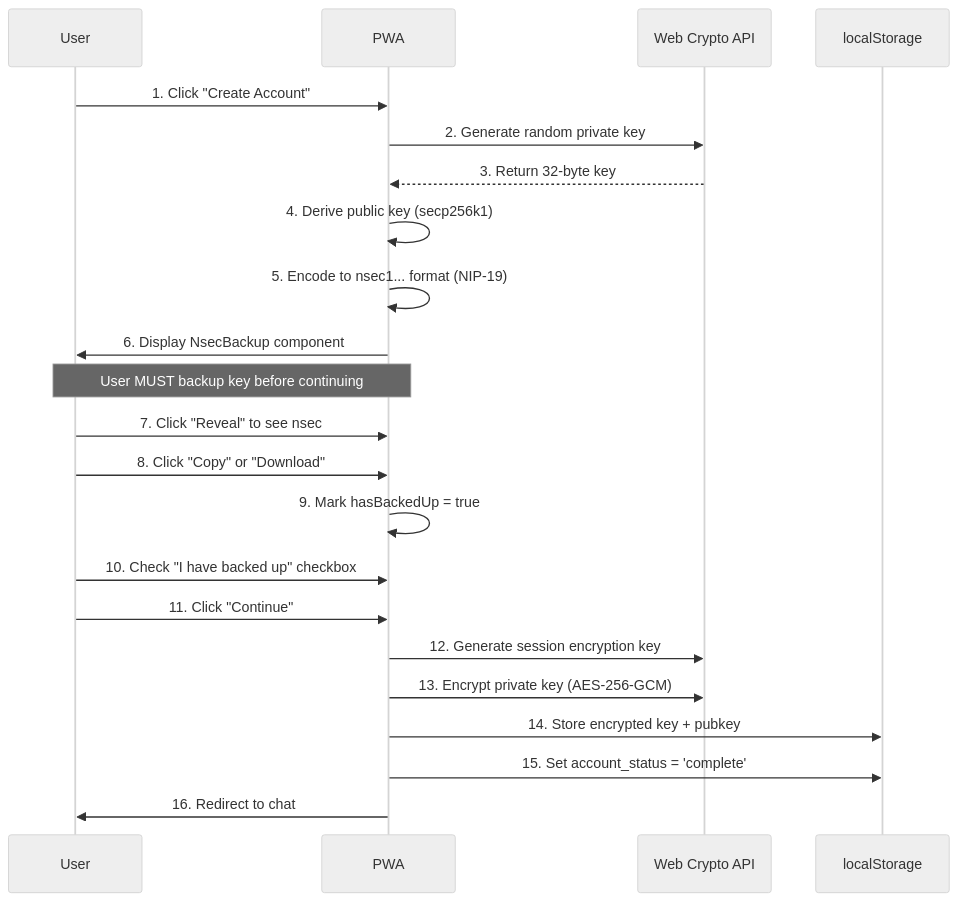
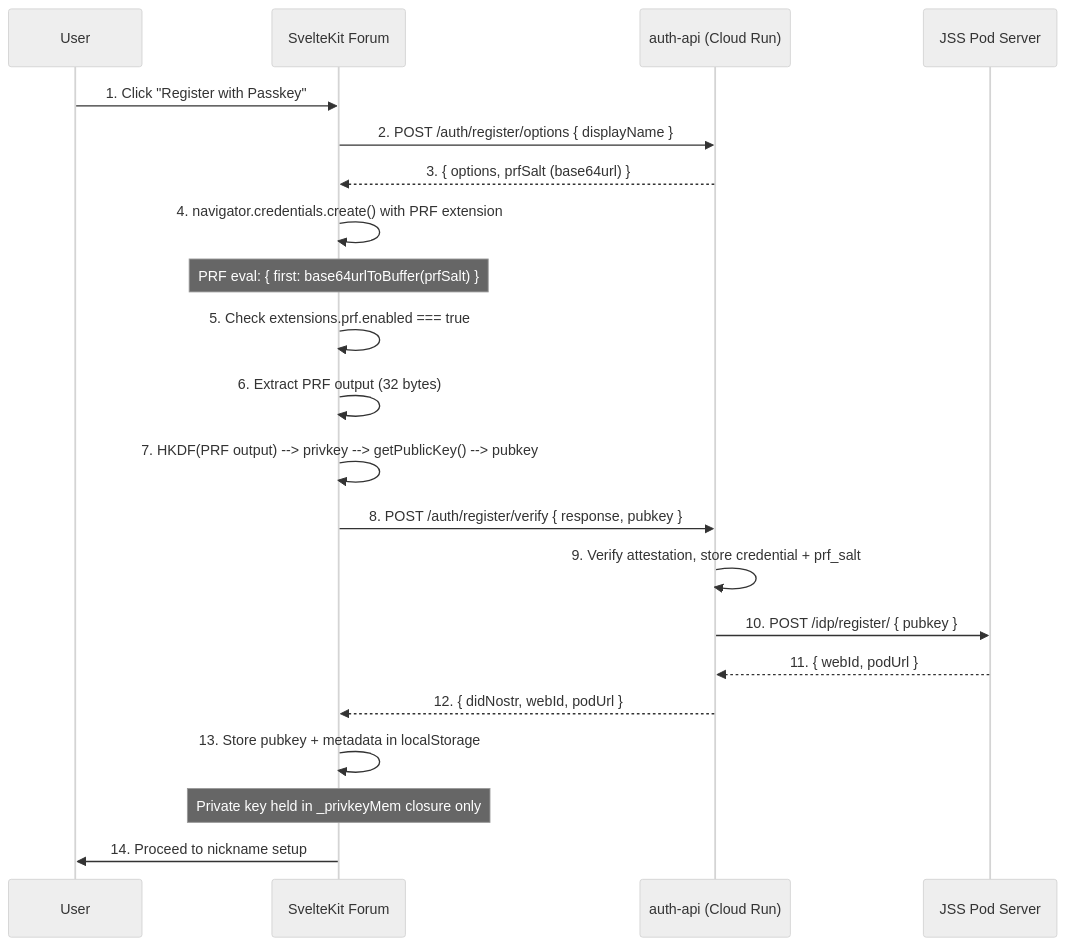
Before and after one commit to DreamLab-AI/dreamlab-ai-website: the first of 2 diagrams in docs/features/authentication.md, drawn with Mermaid (neutral theme). The commit also changed other lines of this file and 49 other files, not shown here.

````diff
--- a/docs/features/authentication.md
+++ b/docs/features/authentication.md
@@ -27,28 +63,28 @@
 ```mermaid
 sequenceDiagram
     participant User
-    participant App as PWA
-    participant Crypto as Web Crypto API
-    participant Storage as localStorage
+    participant Client as SvelteKit Forum
+    participant AuthAPI as auth-api (Cloud Run)
+    participant JSS as JSS Pod Server
 
-    User->>App: 1. Click "Create Account"
-    App->>Crypto: 2. Generate random private key
-    Crypto-->>App: 3. Return 32-byte key
-    App->>App: 4. Derive public key (secp256k1)
-    App->>App: 5. Encode to nsec1... format (NIP-19)
-    App->>User: 6. Display NsecBackup component
+    User->>Client: 1. Click "Register with Passkey"
+    Client->>AuthAPI: 2. POST /auth/register/options { displayName }
+    AuthAPI-->>Client: 3. { options, prfSalt (base64url) }
 
-    Note over User,App: User MUST backup key before continuing
+    Client->>Client: 4. navigator.credentials.create() with PRF extension
+    Note over Client: PRF eval: { first: base64urlToBuffer(prfSalt) }
 
-    User->>App: 7. Click "Reveal" to see nsec
-    User->>App: 8. Click "Copy" or "Download"
-    App->>App: 9. Mark hasBackedUp = true
-    User->>App: 10. Check "I have backed up" checkbox
-    User->>App: 11. Click "Continue"
+    Client->>Client: 5. Check extensions.prf.enabled === true
+    Client->>Client: 6. Extract PRF output (32 bytes)
+    Client->>Client: 7. HKDF(PRF output) --> privkey --> getPublicKey() --> pubkey
 
-    App->>Crypto: 12. Generate session encryption key
-    App->>Crypto: 13. Encrypt private key (AES-256-GCM)
-    App->>Storage: 14. Store encrypted key + pubkey
-    App->>Storage: 15. Set account_status = 'complete'
-    App->>User: 16. Redirect to chat
+    Client->>AuthAPI: 8. POST /auth/register/verify { response, pubkey }
+    AuthAPI->>AuthAPI: 9. Verify attestation, store credential + prf_salt
+    AuthAPI->>JSS: 10. POST /idp/register/ { pubkey }
+    JSS-->>AuthAPI: 11. { webId, podUrl }
+    AuthAPI-->>Client: 12. { didNostr, webId, podUrl }
+
+    Client->>Client: 13. Store pubkey + metadata in localStorage
+    Note over Client: Private key held in _privkeyMem closure only
+    Client->>User: 14. Proceed to nickname setup
 ```
````
